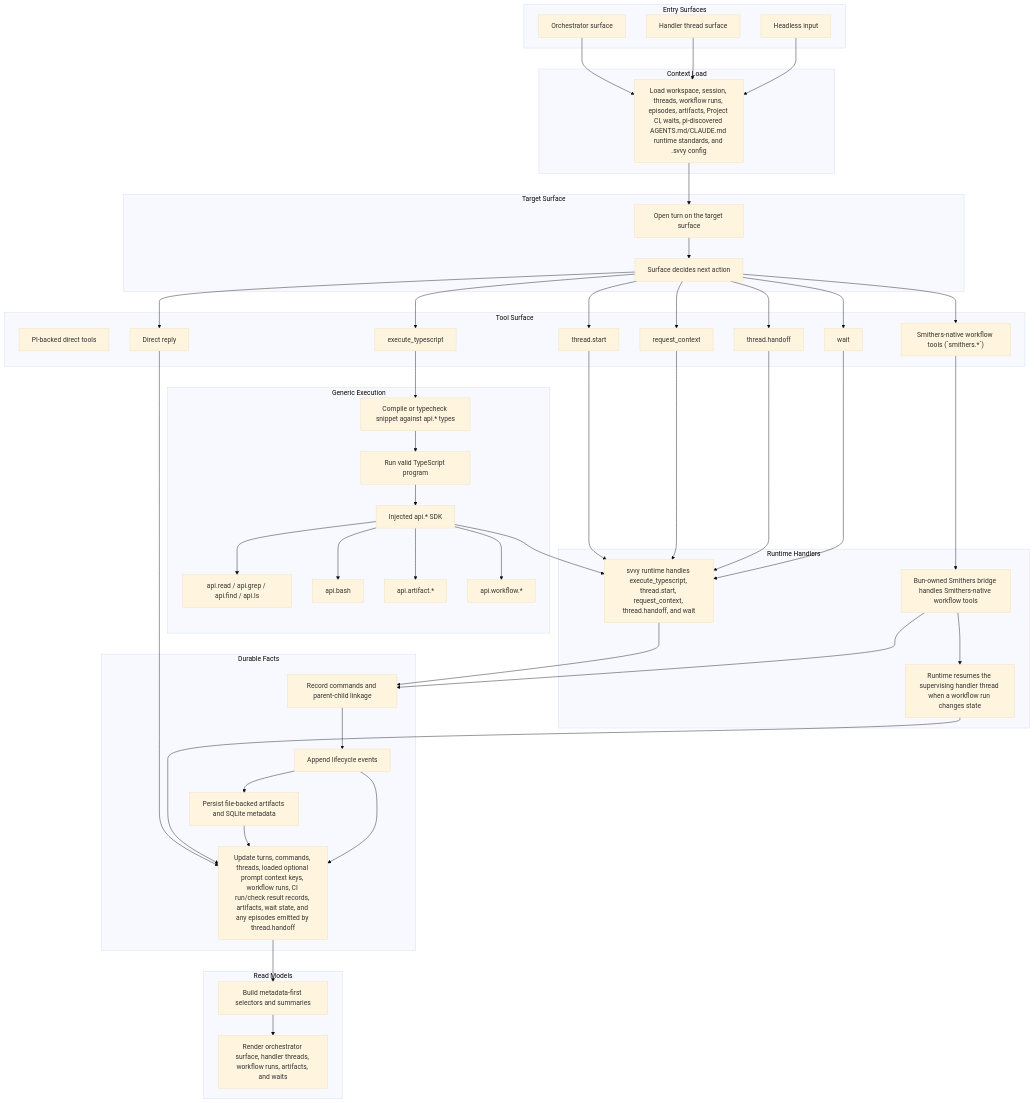
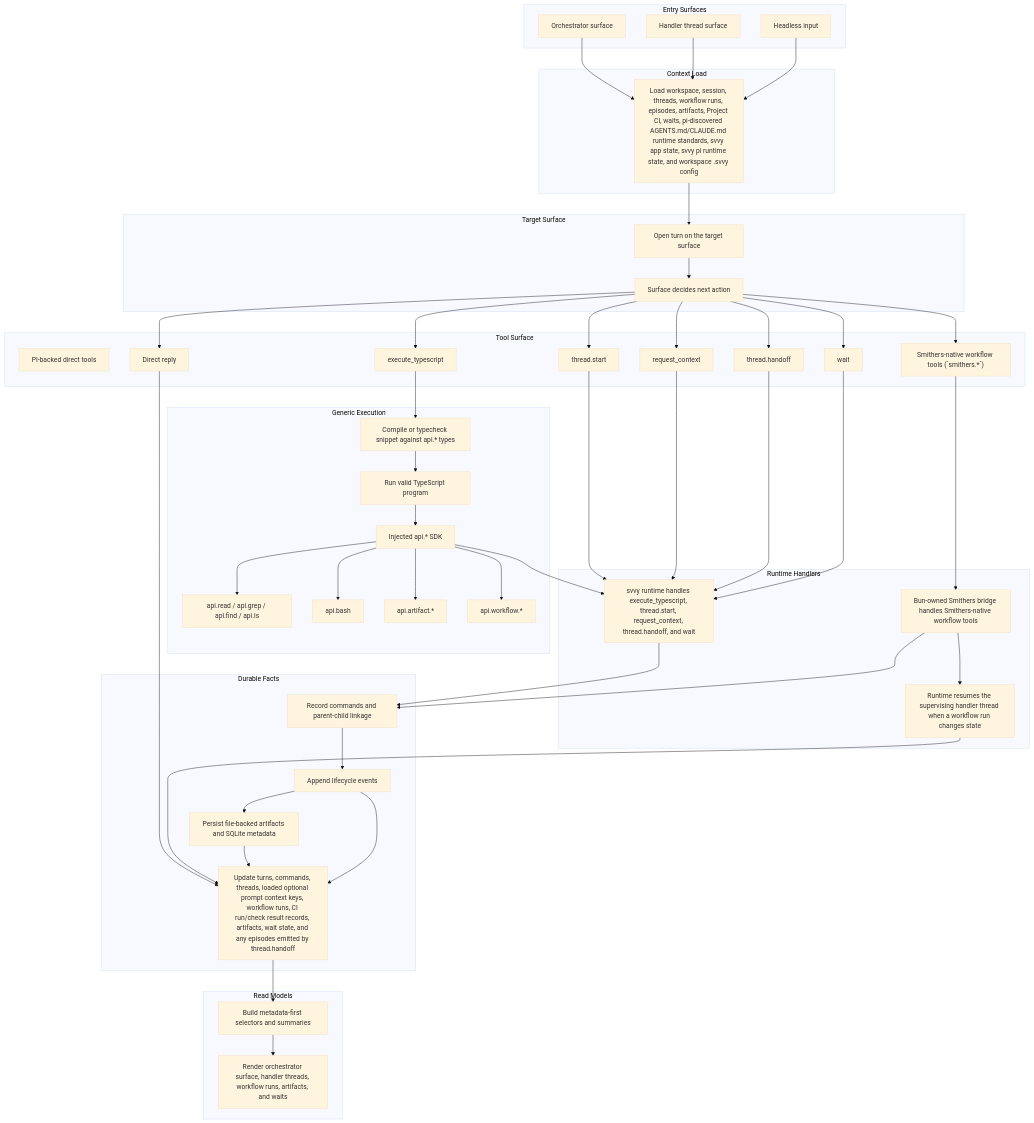
One commit to 0xpolarzero/svvy changed the diagram in docs/execution-model.md. Above: the diagram before and after it, drawn with Mermaid (base theme). The commit also changed 5 other files, not shown here.

```diff
--- a/docs/execution-model.md
+++ b/docs/execution-model.md
@@ -36,7 +36,7 @@
     end
 
     subgraph Load["Context Load"]
-        LoadState["Load workspace, session, threads, workflow runs, episodes, artifacts, Project CI, waits, pi-discovered AGENTS.md/CLAUDE.md runtime standards, and .svvy config"]
+        LoadState["Load workspace, session, threads, workflow runs, episodes, artifacts, Project CI, waits, pi-discovered AGENTS.md/CLAUDE.md runtime standards, svvy app state, svvy pi runtime state, and workspace .svvy config"]
     end
 
     subgraph Surface["Target Surface"]
```
